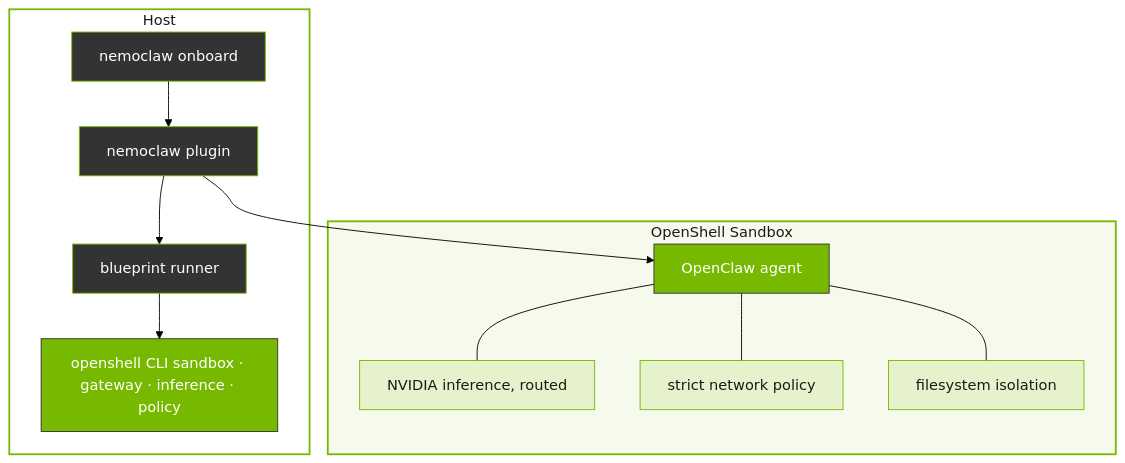
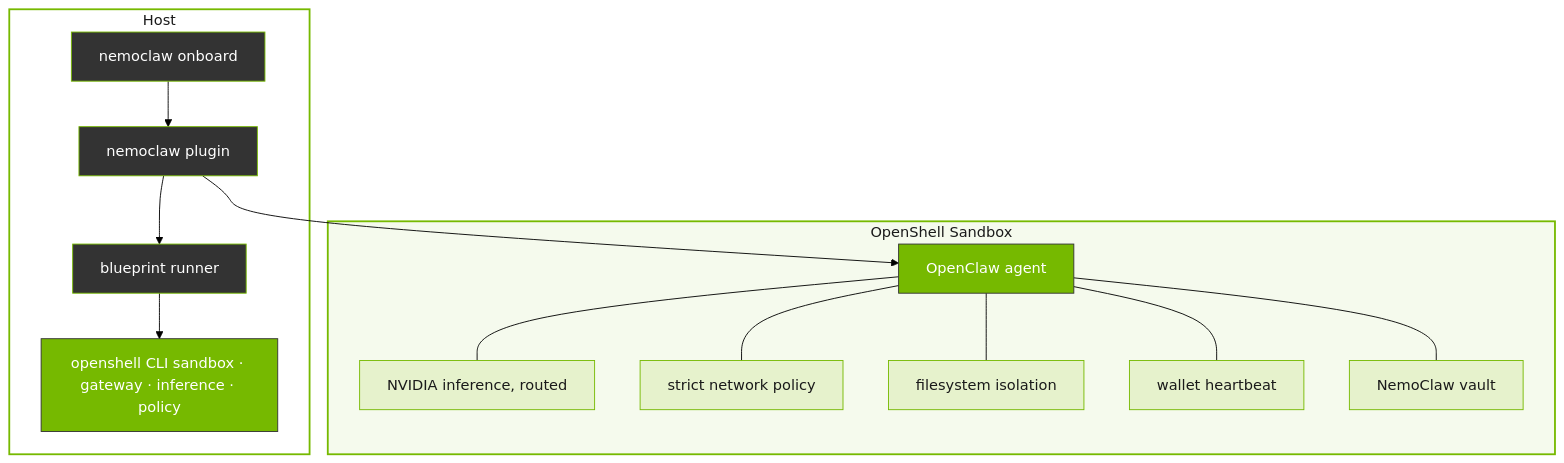
Before and after one commit to x402agent/NemoClaw: the diagram in docs/about/how-it-works.md, drawn with Mermaid (forest theme). The commit also changed other lines of this file and 9 other files, not shown here.

````diff
--- a/docs/about/how-it-works.md
+++ b/docs/about/how-it-works.md
@@ -31,38 +31,42 @@
 ```{mermaid}
 flowchart TB
     subgraph Host
         CMD["nemoclaw onboard"]
         PLUGIN[nemoclaw plugin]
         BLUEPRINT[blueprint runner]
         CLI["openshell CLI sandbox · gateway · inference · policy"]
 
         CMD --> PLUGIN
         PLUGIN --> BLUEPRINT
         BLUEPRINT --> CLI
     end
 
     subgraph Sandbox["OpenShell Sandbox"]
         AGENT[OpenClaw agent]
         INF[NVIDIA inference, routed]
         NET[strict network policy]
         FS[filesystem isolation]
+        HEART[wallet heartbeat]
+        VAULT[NemoClaw vault]
 
         AGENT --- INF
         AGENT --- NET
         AGENT --- FS
+        AGENT --- HEART
+        AGENT --- VAULT
     end
 
     PLUGIN --> AGENT
 
     classDef nv fill:#76b900,stroke:#333,color:#fff
     classDef nvLight fill:#e6f2cc,stroke:#76b900,color:#1a1a1a
     classDef nvDark fill:#333,stroke:#76b900,color:#fff
 
     class CMD,PLUGIN,BLUEPRINT nvDark
     class CLI nv
     class AGENT nv
-    class INF,NET,FS nvLight
+    class INF,NET,FS,HEART,VAULT nvLight
 
     style Host fill:none,stroke:#76b900,stroke-width:2px,color:#1a1a1a
     style Sandbox fill:#f5faed,stroke:#76b900,stroke-width:2px,color:#1a1a1a
 ```
````
